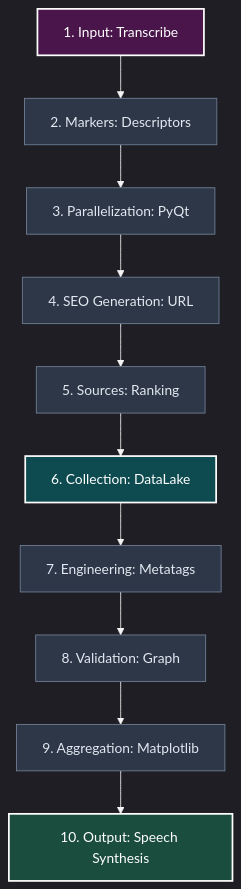
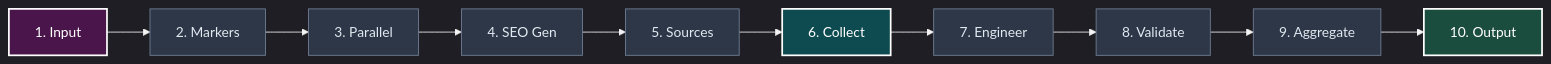
One commit to anrikos/Data-Driven-system changed the diagram in README.md. Above: the diagram before and after it, drawn with Mermaid.

````diff
--- a/README.md
+++ b/README.md
@@ -42,20 +42,20 @@
 ```mermaid
 %%{init: {'theme': 'dark', 'themeVariables': { 'lineColor': '#F4F4F4', 'edgeLabelBackground':'#222' }}}%%
-graph TD
-    A[1. Input: Transcribe] --> B[2. Markers: Descriptors]
-    B --> C[3. Parallelization: PyQt]
-    C --> D[4. SEO Generation: URL]
-    D --> E[5. Sources: Ranking]
-    E --> F[6. Collection: DataLake]
-    F --> G[7. Engineering: Metatags]
-    G --> H[8. Validation: Graph]
-    H --> I[9. Aggregation: Matplotlib]
-    I --> J[10. Output: Speech Synthesis]
+graph LR
+    %% Row 1
+    A[1. Input] --> B[2. Markers] --> C[3. Parallel] --> D[4. SEO Gen] --> E[5. Sources]
     
-    %% High-contrast styles for dark theme layout %%
+    %% Compact Connection
+    E --> F[6. Collect]
+    
+    %% Row 2
+    F --> G[7. Engineer] --> H[8. Validate] --> I[9. Aggregate] --> J[10. Output]
+
+    %% High-contrast highlights
     style A fill:#4a154b,stroke:#fff,stroke-width:2px,color:#fff
     style F fill:#0e4b50,stroke:#fff,stroke-width:2px,color:#fff
     style J fill:#1b4d3e,stroke:#fff,stroke-width:2px,color:#fff
     
     classDef default fill:#2d3748,stroke:#718096,stroke-width:1px,color:#e2e8f0;
+
 ```
````
